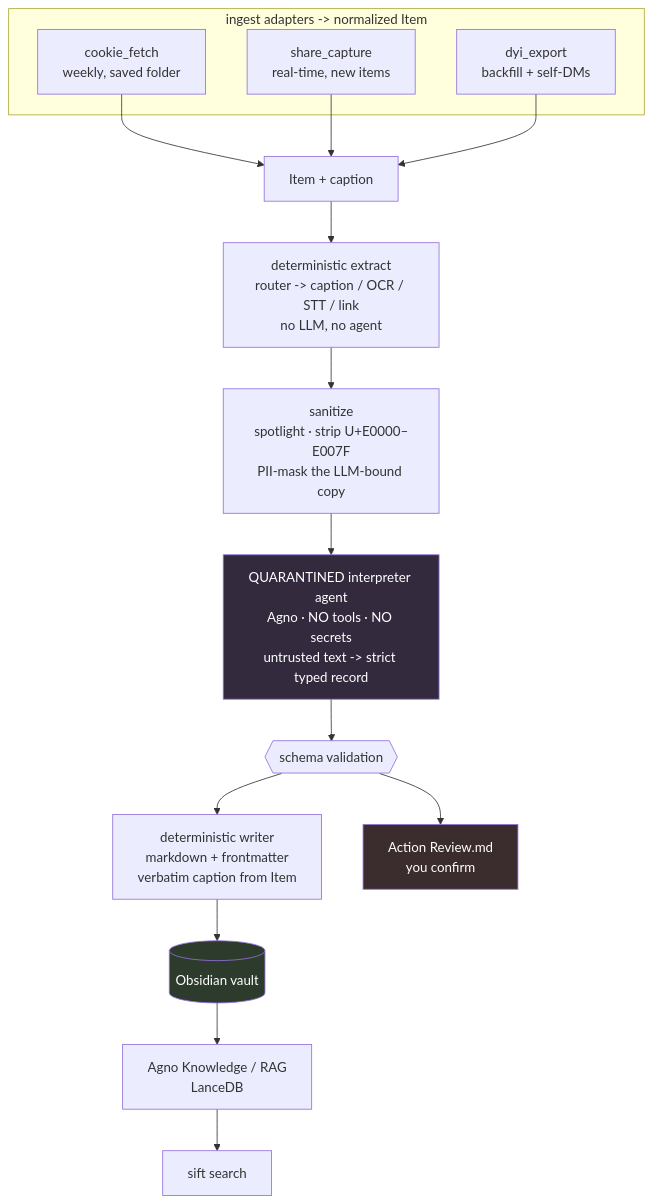
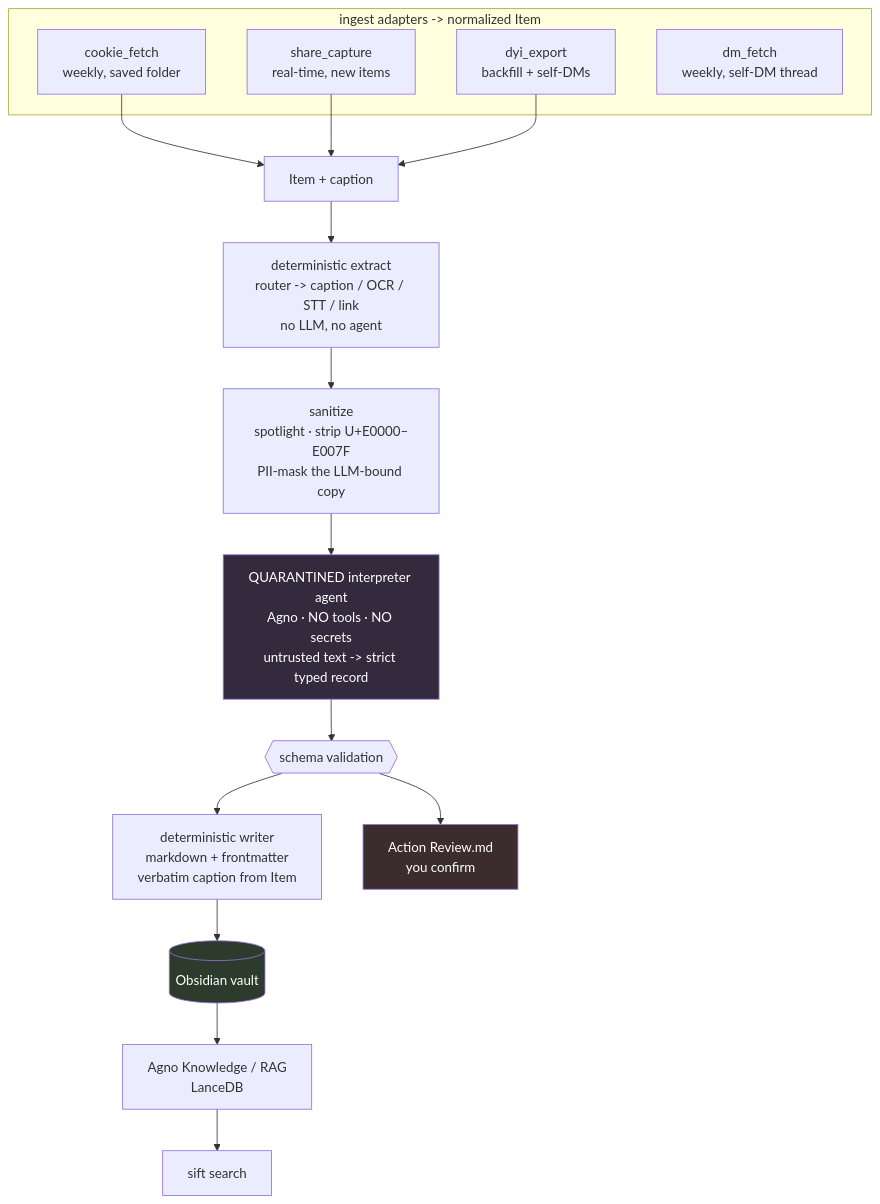
One commit to ChaoticQubit/sift changed the diagram in docs/DESIGN.md. Above: the diagram before and after it, drawn with Mermaid. The commit also changed other lines of this file and 13 other files, not shown here.

First line of the commit message:
feat(ingest): dm_fetch — proactive read-only self-DM sync (#30)

````diff
--- a/docs/DESIGN.md
+++ b/docs/DESIGN.md
@@ -101,23 +102,24 @@
 ```mermaid
 flowchart TD
     subgraph Ingest [ingest adapters -> normalized Item]
       A1[cookie_fetch<br/>weekly, saved folder] 
       A2[share_capture<br/>real-time, new items]
       A3[dyi_export<br/>backfill + self-DMs]
+      A4[dm_fetch<br/>weekly, self-DM thread]
     end
     A1 --> N[Item + caption]
     A2 --> N
     A3 --> N
     N --> X[deterministic extract<br/>router -> caption / OCR / STT / link<br/>no LLM, no agent]
     X --> SZ[sanitize<br/>spotlight · strip U+E0000–E007F<br/>PII-mask the LLM-bound copy]
     SZ --> IA[QUARANTINED interpreter agent<br/>Agno · NO tools · NO secrets<br/>untrusted text -> strict typed record]
     IA --> VAL{{schema validation}}
     VAL --> W[deterministic writer<br/>markdown + frontmatter<br/>verbatim caption from Item]
     W --> V[(Obsidian vault)]
     V --> K[Agno Knowledge / RAG<br/>LanceDB]
     VAL --> DR[Action Review.md<br/>you confirm]
     K --> S[sift search]
     style V fill:#2d3b2d,color:#fff
     style DR fill:#3b2d2d,color:#fff
     style IA fill:#332a3d,color:#fff
 ```
````
